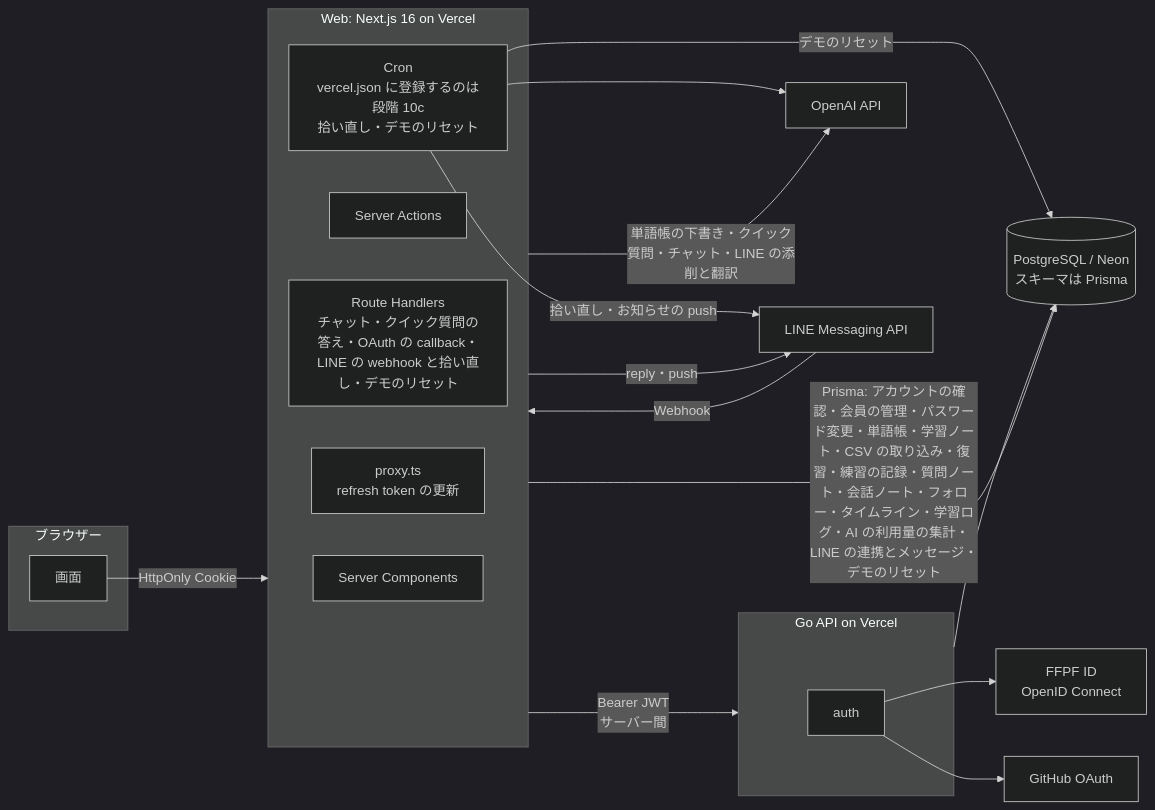
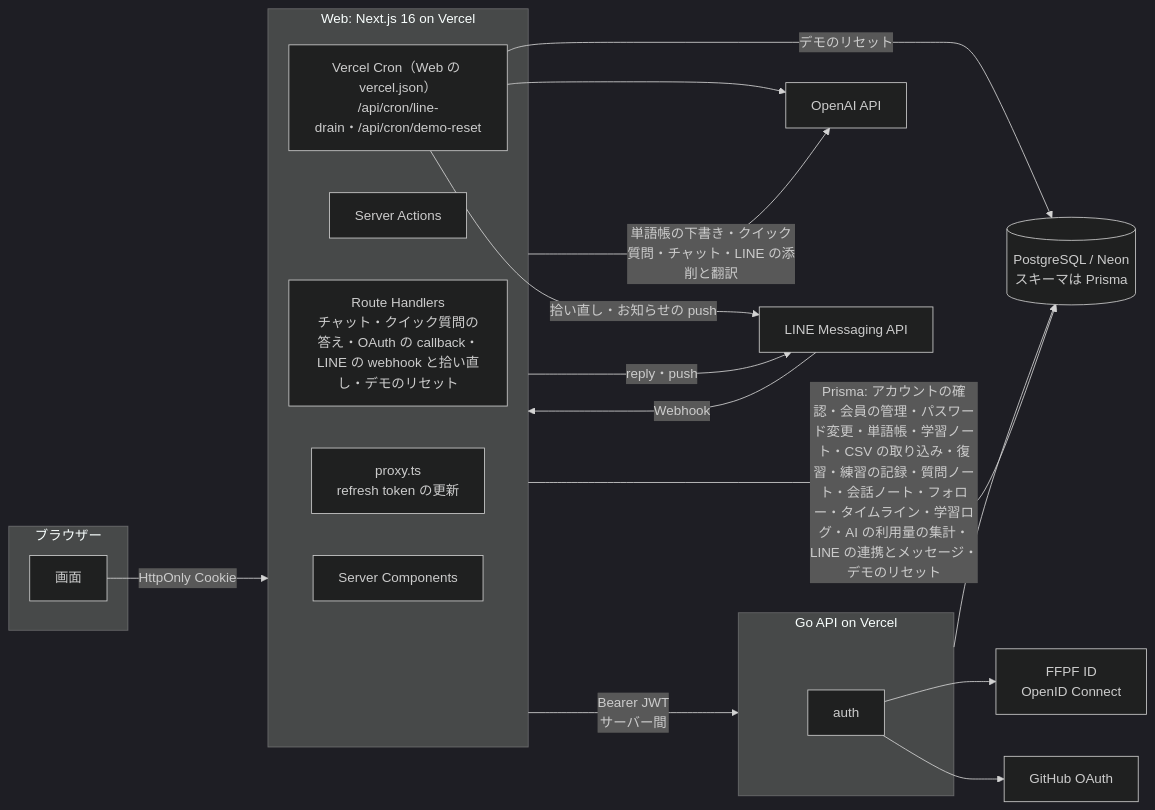
The first of 2 diagrams in docs/architecture.md (Sparklingstadt/ffpf-zhuelog), drawn with Mermaid (dark theme) before and after one commit. The commit also changed other lines of this file and 8 other files, not shown here.

First line of the commit message:
Go 廃止の段階 10c：LINE の拾い直しとデモのリセットを Web の Cron で動かす (#180)

````diff
--- a/docs/architecture.md
+++ b/docs/architecture.md
@@ -7,34 +7,34 @@
 ```mermaid
 flowchart LR
   subgraph Browser[ブラウザー]
     UI[画面]
   end
   subgraph Web[Web: Next.js 16 on Vercel]
     RSC[Server Components]
     SA[Server Actions]
     RH[Route Handlers<br/>チャット・クイック質問の答え・OAuth の callback・LINE の webhook と拾い直し・デモのリセット]
     PX[proxy.ts<br/>refresh token の更新]
-    CRON[Cron<br/>vercel.json に登録するのは段階 10c<br/>拾い直し・デモのリセット]
+    CRON[Vercel Cron（Web の vercel.json）<br/>/api/cron/line-drain・/api/cron/demo-reset]
   end
   subgraph API[Go API on Vercel]
     AUTH[auth]
   end
   DB[(PostgreSQL / Neon<br/>スキーマは Prisma)]
   OpenAI[OpenAI API]
   LINE[LINE Messaging API]
   GH[GitHub OAuth]
   FFPF[FFPF ID<br/>OpenID Connect]
 
   UI -->|HttpOnly Cookie| Web
   Web -->|Bearer JWT<br/>サーバー間| API
   API --> DB
   Web -->|Prisma: アカウントの確認・会員の管理・パスワード変更・単語帳・学習ノート・CSV の取り込み・復習・練習の記録・質問ノート・会話ノート・フォロー・タイムライン・学習ログ・AI の利用量の集計・LINE の連携とメッセージ・デモのリセット| DB
   Web -->|単語帳の下書き・クイック質問・チャット・LINE の添削と翻訳| OpenAI
   LINE -->|Webhook| Web
   Web -->|reply・push| LINE
   CRON -->|拾い直し・お知らせの push| LINE
   CRON --> OpenAI
   CRON -->|デモのリセット| DB
   AUTH --> GH
   AUTH --> FFPF
 ```
````
